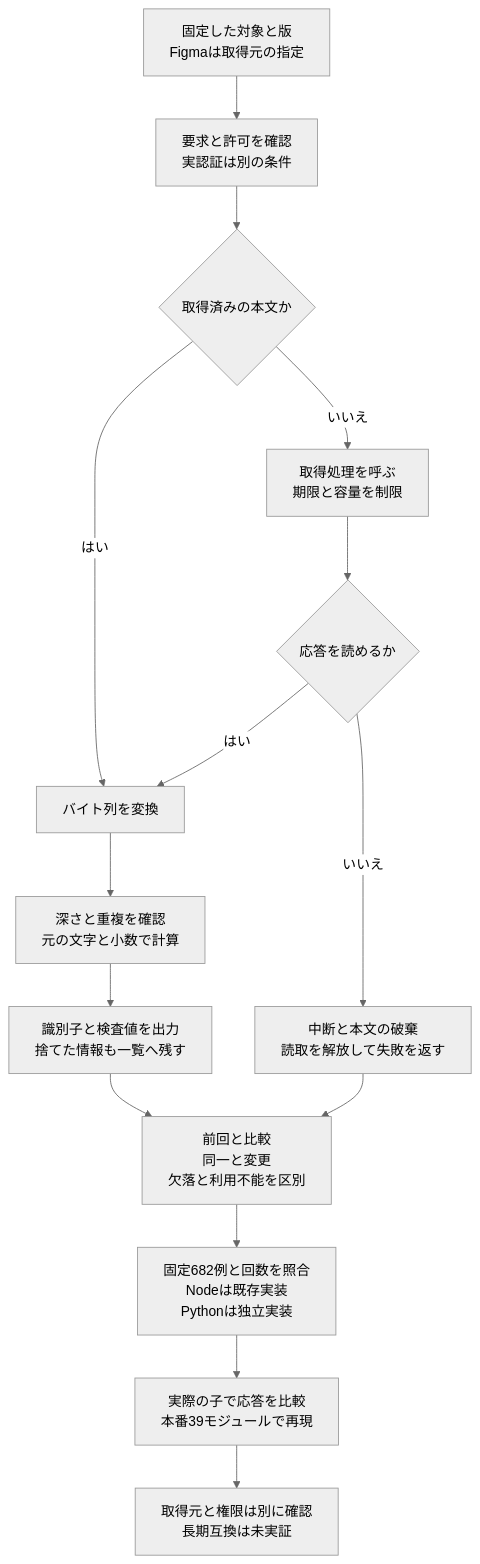
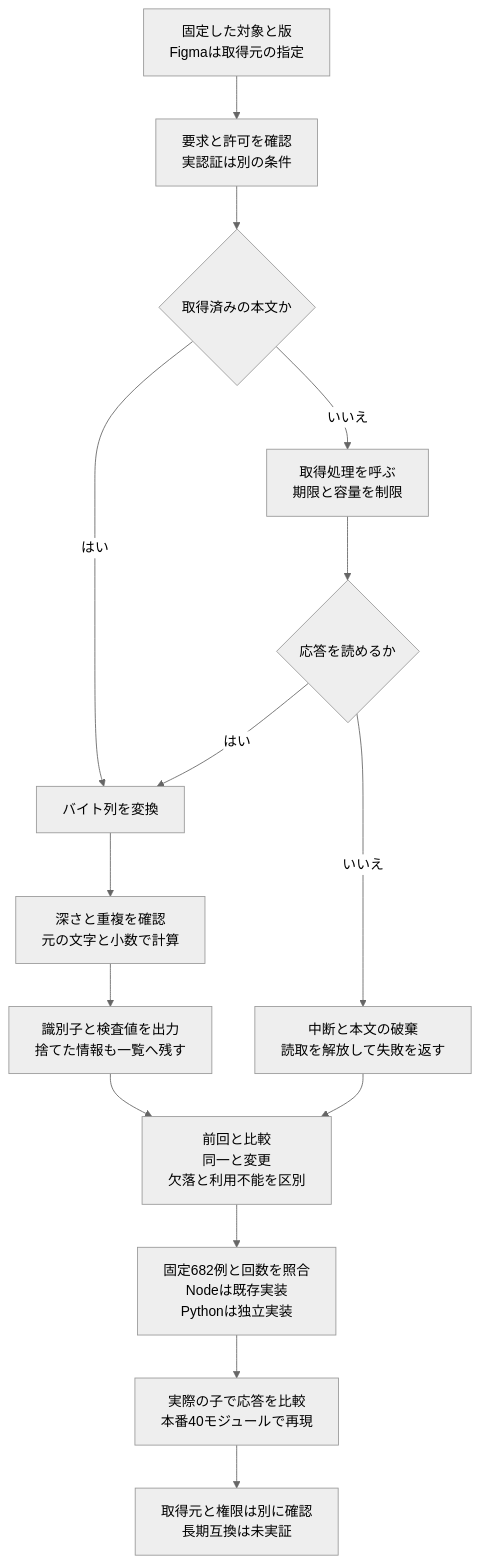
One commit to koukemo/morivyx changed the diagram in docs/diagrams/python-figma-import.mmd. Above: the diagram before and after it, drawn with Mermaid (neutral theme). The commit also changed 23 other files, not shown here.

```diff
--- a/docs/diagrams/python-figma-import.mmd
+++ b/docs/diagrams/python-figma-import.mmd
@@ -1,15 +1,15 @@
 flowchart TD
   A[固定した対象と版<br/>Figmaは取得元の指定] --> B[要求と許可を確認<br/>実認証は別の条件]
   B --> C{取得済みの本文か}
   C -->|はい| D[バイト列を変換]
   C -->|いいえ| E[取得処理を呼ぶ<br/>期限と容量を制限]
   E --> F{応答を読めるか}
   F -->|いいえ| G[中断と本文の破棄<br/>読取を解放して失敗を返す]
   F -->|はい| D
   D --> H[深さと重複を確認<br/>元の文字と小数で計算]
   H --> I[識別子と検査値を出力<br/>捨てた情報も一覧へ残す]
   I --> J[前回と比較<br/>同一と変更<br/>欠落と利用不能を区別]
   G --> J
   J --> K[固定682例と回数を照合<br/>Nodeは既存実装<br/>Pythonは独立実装]
-  K --> L[実際の子で応答を比較<br/>本番39モジュールで再現]
+  K --> L[実際の子で応答を比較<br/>本番40モジュールで再現]
   L --> M[取得元と権限は別に確認<br/>長期互換は未実証]
```
